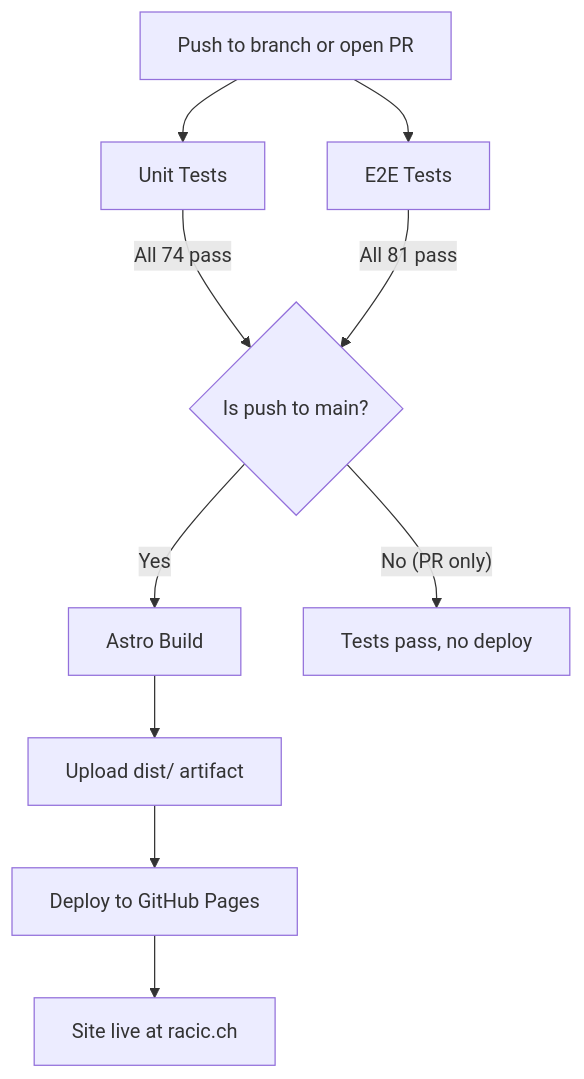
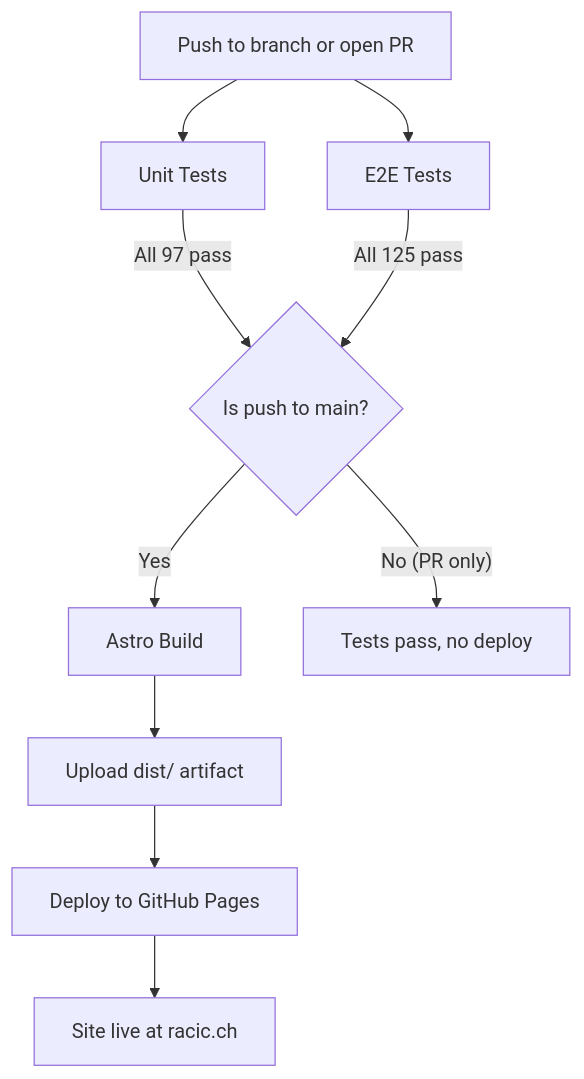
The fourth of 4 diagrams in src/content/blog/building-this-site-with-ai.md (rac2030/racic.ch), drawn with Mermaid before and after one commit. The commit also changed other lines of this file and 1 other file, not shown here.

```diff
--- a/src/content/blog/building-this-site-with-ai.md
+++ b/src/content/blog/building-this-site-with-ai.md
@@ -385,12 +385,12 @@
 <div class="mermaid">
 flowchart TD
 P["Push to branch or open PR"] --> T1["Unit Tests"]
 P --> T2["E2E Tests"]
-T1 -->|"All 74 pass"| B{"Is push to main?"}
-T2 -->|"All 81 pass"| B
+T1 -->|"All 97 pass"| B{"Is push to main?"}
+T2 -->|"All 125 pass"| B
 B -->|"Yes"| Build["Astro Build"]
 B -->|"No (PR only)"| Stop["Tests pass, no deploy"]
 Build --> Upload["Upload dist/ artifact"]
 Upload --> Deploy["Deploy to GitHub Pages"]
 Deploy --> Live["Site live at racic.ch"]
 </div>
```
